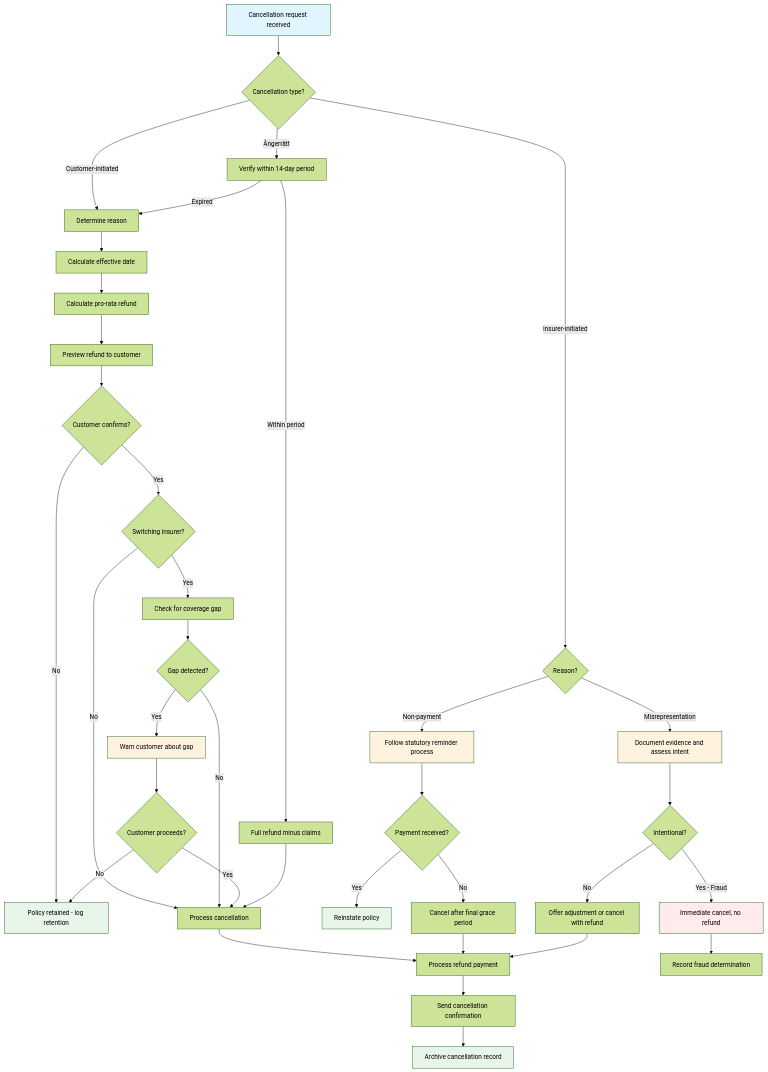
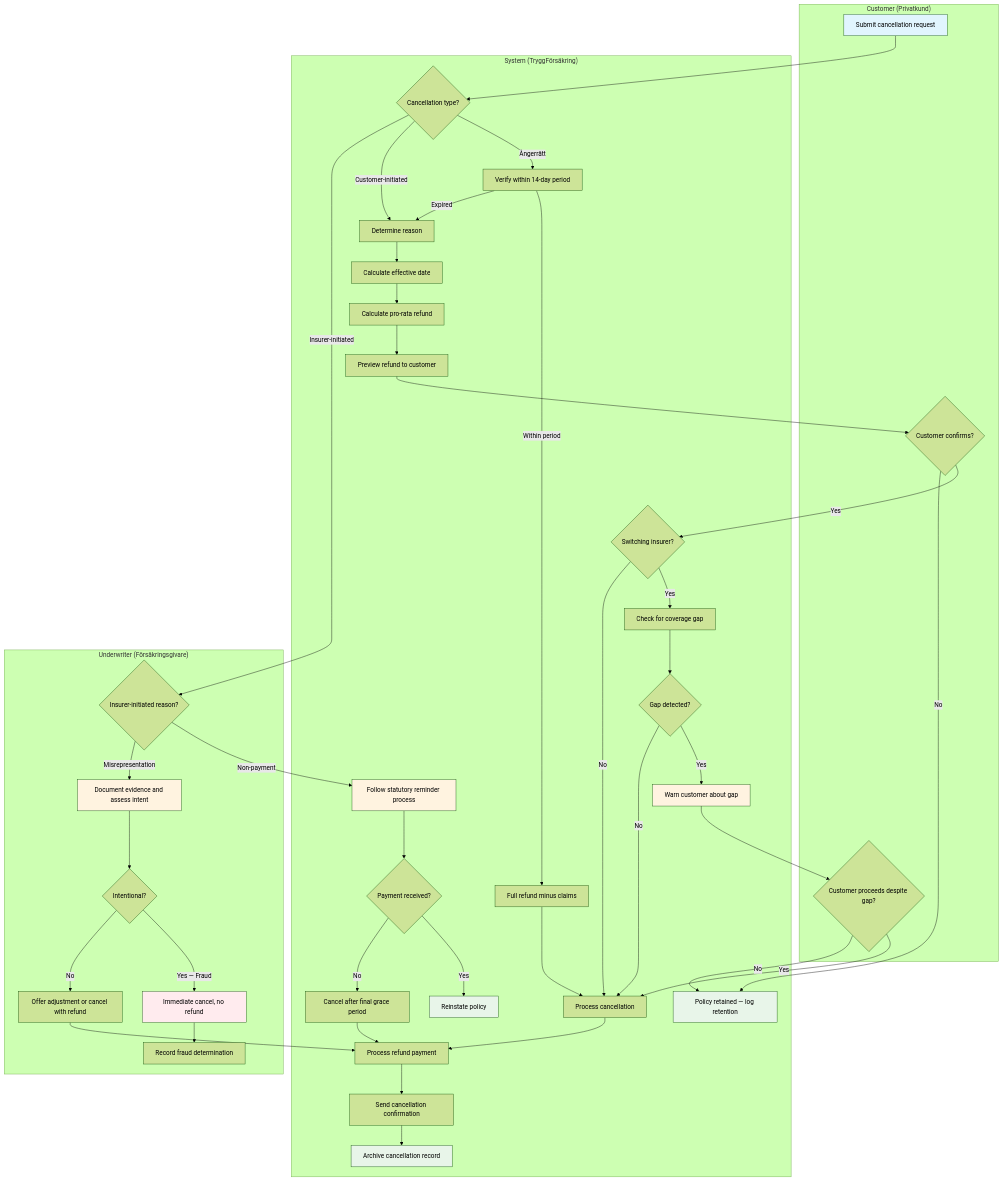
One commit to Agentic-software-factory/insurance-platform-requirements changed the first of 2 diagrams in docs/phase-2-home-property/use-cases/cancellations.md. Above: the diagram before and after it, drawn with Mermaid (forest theme). The commit also changed 9 other files, not shown here.

First line of the commit message:
docs(#122): Upgrade flowcharts to swimlane format for Phase 2 Home & Property use cases (#132)

````diff
--- a/docs/phase-2-home-property/use-cases/cancellations.md
+++ b/docs/phase-2-home-property/use-cases/cancellations.md
@@ -39,45 +39,83 @@
 ```mermaid
 flowchart TD
-    A[Cancellation request received] --> B{Cancellation type?}
-    B -->|Ångerrätt| C[Verify within 14-day period]
-    B -->|Customer-initiated| D[Determine reason]
-    B -->|Insurer-initiated| E{Reason?}
+    subgraph Customer ["Customer (Privatkund)"]
+        A[Submit cancellation request]
+        J{Customer confirms?}
+        Q{Customer proceeds despite gap?}
+    end
 
-    C -->|Within period| F[Full refund minus claims]
+    subgraph System ["System (TryggFörsäkring)"]
+        B{Cancellation type?}
+        C[Verify within 14-day period]
+        D[Determine reason]
+        F[Full refund minus claims]
+        G[Calculate effective date]
+        H[Calculate pro-rata refund]
+        I[Preview refund to customer]
+        K{Switching insurer?}
+        L[Policy retained — log retention]
+        M[Check for coverage gap]
+        N[Process cancellation]
+        O{Gap detected?}
+        P[Warn customer about gap]
+        Z[Process refund payment]
+        AB[Send cancellation confirmation]
+        AC[Archive cancellation record]
+        R[Follow statutory reminder process]
+        T{Payment received?}
+        U[Reinstate policy]
+        V[Cancel after final grace period]
+    end
+
+    subgraph Underwriter ["Underwriter (Försäkringsgivare)"]
+        E{Insurer-initiated reason?}
+        S[Document evidence and assess intent]
+        W{Intentional?}
+        X[Immediate cancel, no refund]
+        AA[Record fraud determination]
+        Y[Offer adjustment or cancel with refund]
+    end
+
+    A --> B
+    B -->|Ångerrätt| C
+    B -->|Customer-initiated| D
+    B -->|Insurer-initiated| E
+
+    C -->|Within period| F
     C -->|Expired| D
 
-    D --> G[Calculate effective date]
-    G --> H[Calculate pro-rata refund]
-    H --> I[Preview refund to customer]
-    I --> J{Customer confirms?}
-    J -->|Yes| K{Switching insurer?}
-    J -->|No| L[Policy retained - log retention]
+    D --> G
+    G --> H
+    H --> I
+    I --> J
+    J -->|Yes| K
+    J -->|No| L
 
-    K -->|Yes| M[Check for coverage gap]
-    K -->|No| N[Process cancellation]
-    M --> O{Gap detected?}
-    O -->|Yes| P[Warn customer about gap]
+    K -->|Yes| M
+    K -->|No| N
+    M --> O
+    O -->|Yes| P
     O -->|No| N
-    P --> Q{Customer proceeds?}
+    P --> Q
     Q -->|Yes| N
     Q -->|No| L
 
-    E -->|Non-payment| R[Follow statutory reminder process]
-    E -->|Misrepresentation| S[Document evidence and assess intent]
-    R --> T{Payment received?}
-    T -->|Yes| U[Reinstate policy]
-    T -->|No| V[Cancel after final grace period]
-    S --> W{Intentional?}
-    W -->|Yes - Fraud| X[Immediate cancel, no refund]
-    W -->|No| Y[Offer adjustment or cancel with refund]
+    E -->|Non-payment| R
+    E -->|Misrepresentation| S
+    R --> T
+    T -->|Yes| U
+    T -->|No| V
+    S --> W
+    W -->|Yes — Fraud| X
+    W -->|No| Y
 
     F --> N
-    N --> Z[Process refund payment]
+    N --> Z
     V --> Z
-    X --> AA[Record fraud determination]
+    X --> AA
     Y --> Z
-    Z --> AB[Send cancellation confirmation]
-    AB --> AC[Archive cancellation record]
+    Z --> AB
+    AB --> AC
 
     style A fill:#e1f5fe
     style AC fill:#e8f5e9
````
